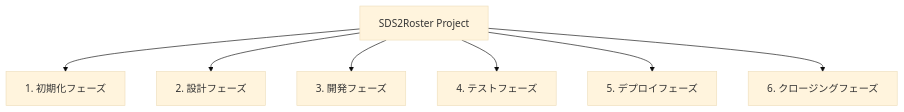
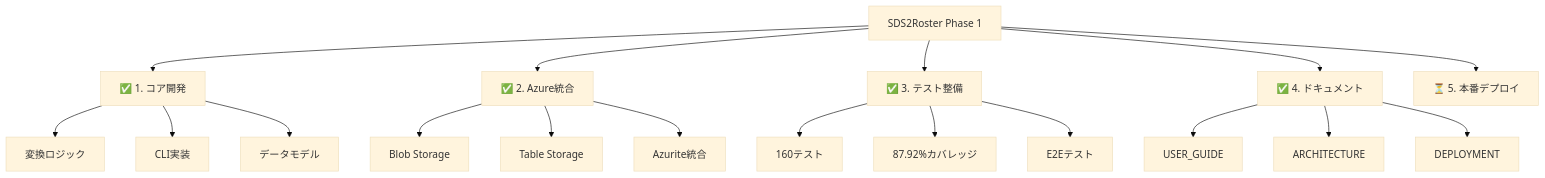
One commit to nahisaho/SDS2Roster changed the first of 6 diagrams in docs/project/01_project_management_plan.md. Above: the diagram before and after it, drawn with Mermaid (base theme). The commit also changed other lines of this file and 2 other files, not shown here.

First line of the commit message:
docs: Update project management documents to reflect Phase 1 completion

````diff
--- a/docs/project/01_project_management_plan.md
+++ b/docs/project/01_project_management_plan.md
@@ -48,9 +51,24 @@
 ```mermaid
 graph TD
-    A[SDS2Roster Project] --> B[1. 初期化フェーズ]
-    A --> C[2. 設計フェーズ]
-    A --> D[3. 開発フェーズ]
-    A --> E[4. テストフェーズ]
-    A --> F[5. デプロイフェーズ]
-    A --> G[6. クロージングフェーズ]
+    A[SDS2Roster Phase 1] --> B[✅ 1. コア開発]
+    A --> C[✅ 2. Azure統合]
+    A --> D[✅ 3. テスト整備]
+    A --> E[✅ 4. ドキュメント]
+    A --> F[⏳ 5. 本番デプロイ]
+    
+    B --> B1[変換ロジック]
+    B --> B2[CLI実装]
+    B --> B3[データモデル]
+    
+    C --> C1[Blob Storage]
+    C --> C2[Table Storage]
+    C --> C3[Azurite統合]
+    
+    D --> D1[160テスト]
+    D --> D2[87.92%カバレッジ]
+    D --> D3[E2Eテスト]
+    
+    E --> E1[USER_GUIDE]
+    E --> E2[ARCHITECTURE]
+    E --> E3[DEPLOYMENT]
 ```
````
